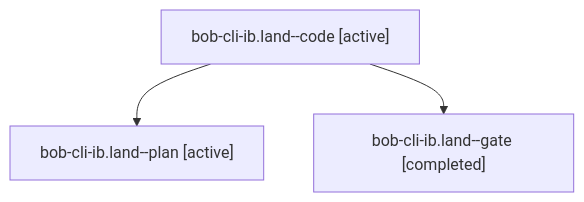
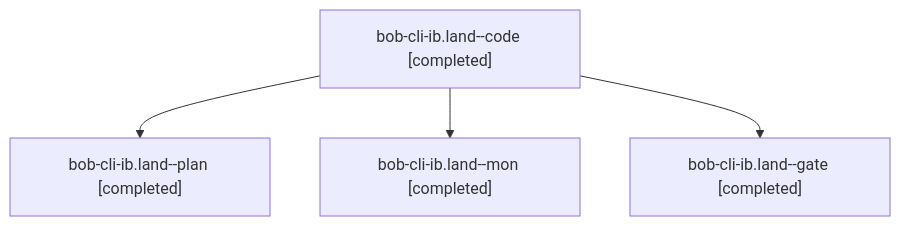
Before and after one commit to bobs-org/bob-cli--agents: the diagram in sessions/bbugyi200.athena.bob-cli-ib.land.md, drawn with Mermaid. The commit also changed other lines of this file and 34 other files, not shown here.

````diff
--- a/sessions/bbugyi200.athena.bob-cli-ib.land.md
+++ b/sessions/bbugyi200.athena.bob-cli-ib.land.md
@@ -9,8 +9,10 @@
 ```mermaid
 flowchart TD
-  n0["bob-cli-ib.land--code [active]"]
-  n1["bob-cli-ib.land--plan [active]"]
+  n0["bob-cli-ib.land--code [completed]"]
+  n1["bob-cli-ib.land--plan [completed]"]
   n0 --> n1
-  n2["bob-cli-ib.land--gate [completed]"]
+  n2["bob-cli-ib.land--mon [completed]"]
   n0 --> n2
+  n3["bob-cli-ib.land--gate [completed]"]
+  n0 --> n3
 ```
````
